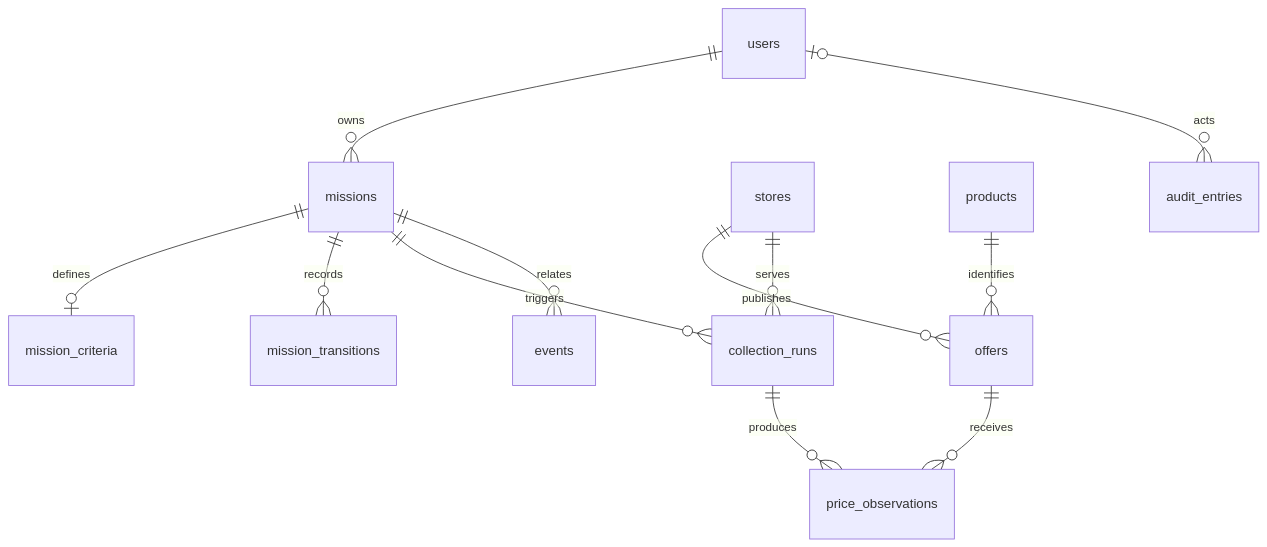
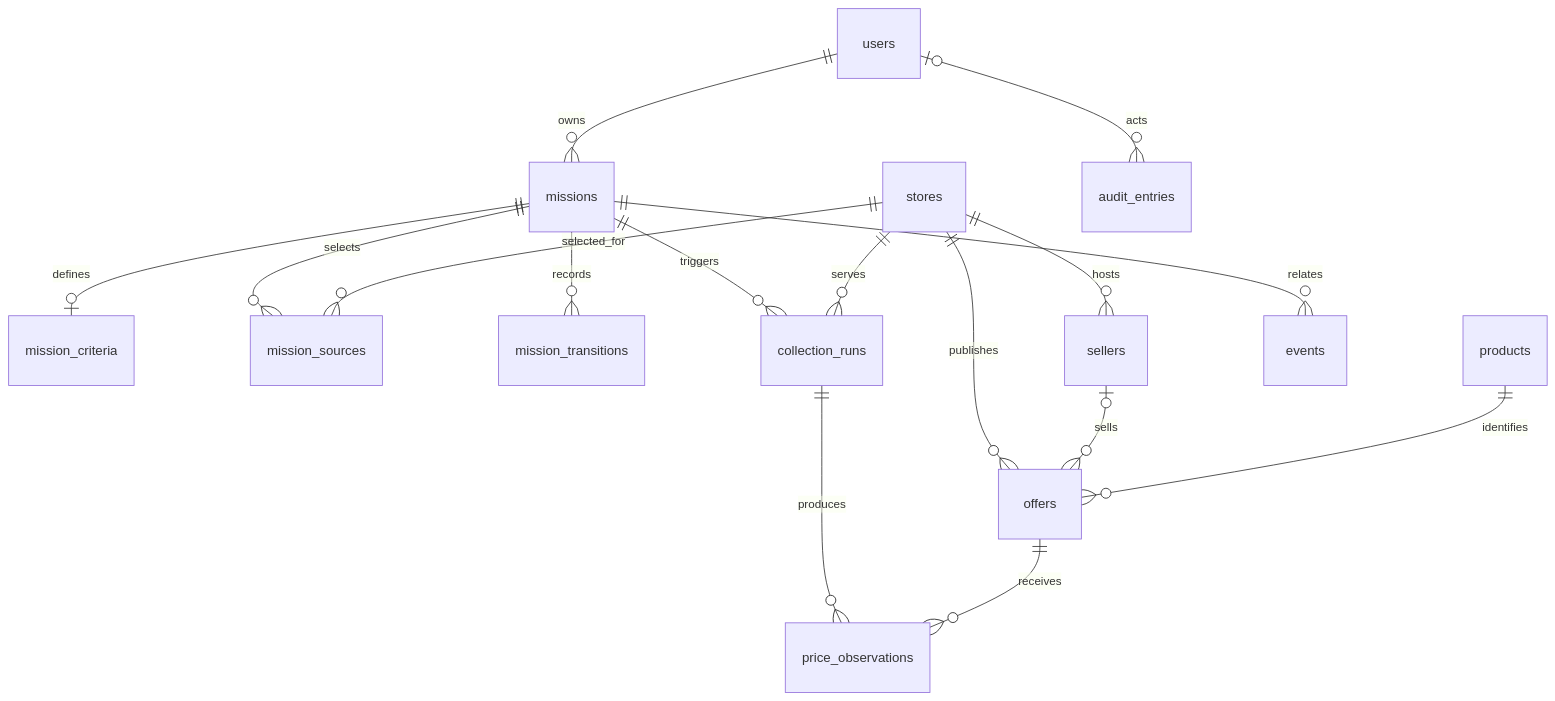
One commit to jhonnatancesar/AIShoppingAgent changed the diagram in docs/DATABASE.md. Above: the diagram before and after it, drawn with Mermaid. The commit also changed other lines of this file and 25 other files, not shown here.

Commit message:
fix(data): support selected marketplace sources

````diff
--- a/docs/DATABASE.md
+++ b/docs/DATABASE.md
@@ -18,14 +18,18 @@
 ```mermaid
 erDiagram
     users ||--o{ missions : owns
     missions ||--o| mission_criteria : defines
+    missions ||--o{ mission_sources : selects
+    stores ||--o{ mission_sources : selected_for
     missions ||--o{ mission_transitions : records
     missions ||--o{ collection_runs : triggers
     stores ||--o{ offers : publishes
+    stores ||--o{ sellers : hosts
+    sellers o|--o{ offers : sells
     products ||--o{ offers : identifies
     collection_runs ||--o{ price_observations : produces
     offers ||--o{ price_observations : receives
     missions ||--o{ events : relates
     stores ||--o{ collection_runs : serves
     users o|--o{ audit_entries : acts
 ```
````
